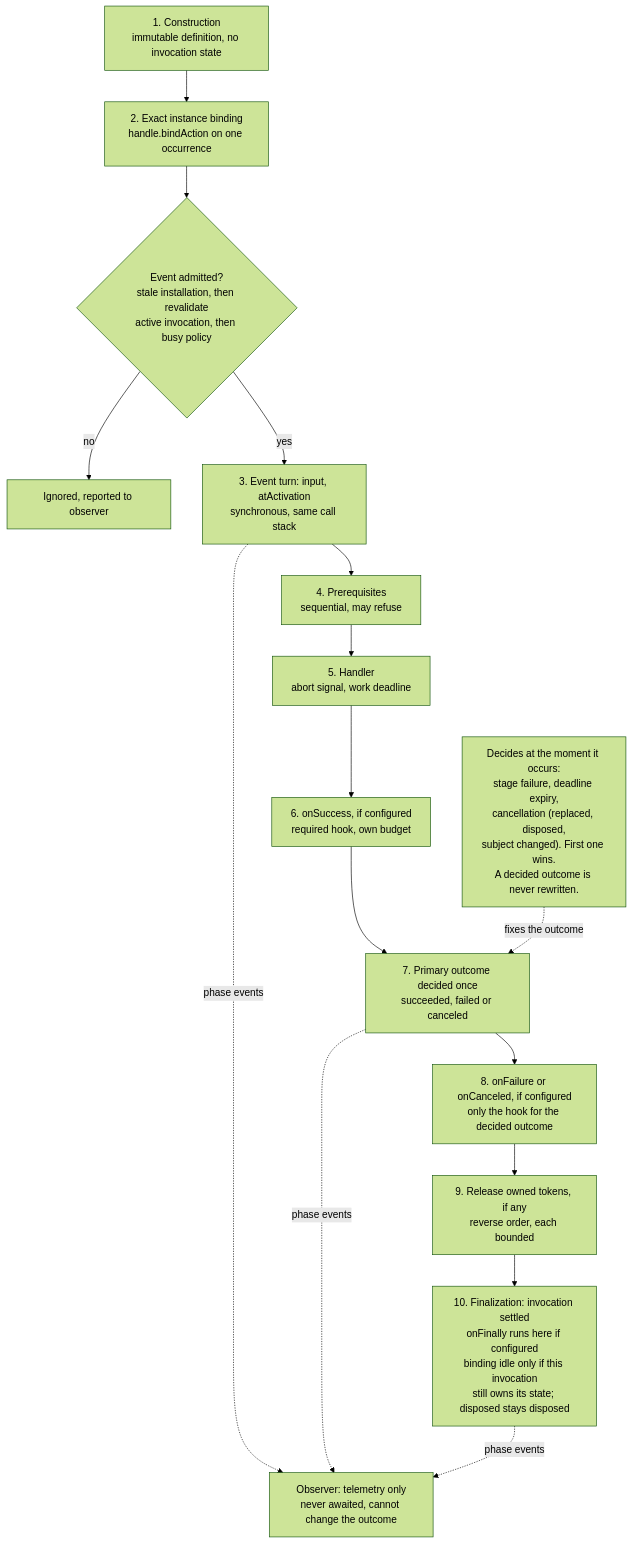
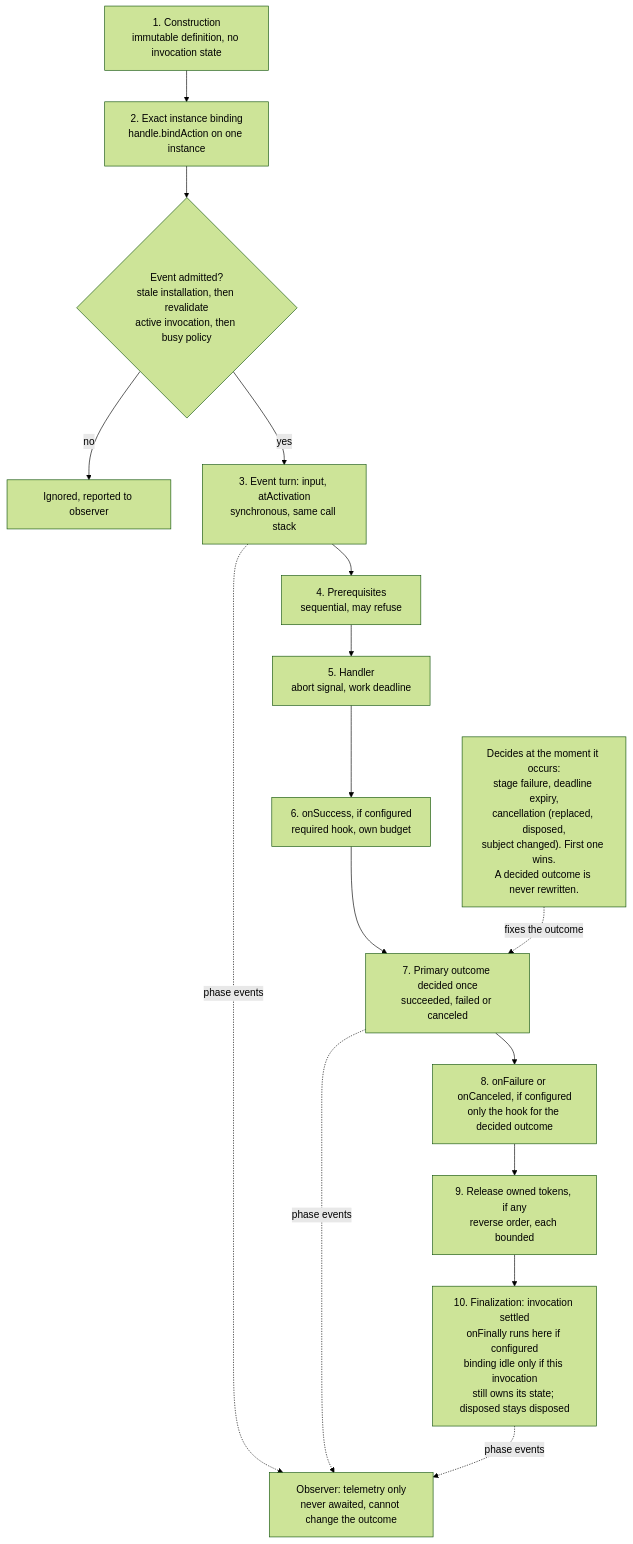
The diagram in diagrams/action-binding.mmd (MachineWisdomAI/saga-a2ui), drawn with Mermaid (forest theme) before and after one commit. The commit also changed 12 other files, not shown here.

```diff
--- a/diagrams/action-binding.mmd
+++ b/diagrams/action-binding.mmd
@@ -1,17 +1,17 @@
 graph TD
-  A["1. Construction<br/>immutable definition, no invocation state"] --> B["2. Exact instance binding<br/>handle.bindAction on one occurrence"]
+  A["1. Construction<br/>immutable definition, no invocation state"] --> B["2. Exact instance binding<br/>handle.bindAction on one instance"]
   B --> C{"Event admitted?<br/>stale installation, then revalidate<br/>active invocation, then busy policy"}
   C -- "no" --> Z["Ignored, reported to observer"]
   C -- "yes" --> D["3. Event turn: input, atActivation<br/>synchronous, same call stack"]
   D --> E["4. Prerequisites<br/>sequential, may refuse"]
   E --> F["5. Handler<br/>abort signal, work deadline"]
   F --> G["6. onSuccess, if configured<br/>required hook, own budget"]
   G --> H["7. Primary outcome decided once<br/>succeeded, failed or canceled"]
   S["Decides at the moment it occurs:<br/>stage failure, deadline expiry,<br/>cancellation (replaced, disposed,<br/>subject changed). First one wins.<br/>A decided outcome is never rewritten."] -. "fixes the outcome" .-> H
   H --> I["8. onFailure or onCanceled, if configured<br/>only the hook for the decided outcome"]
   I --> J["9. Release owned tokens, if any<br/>reverse order, each bounded"]
   J --> K["10. Finalization: invocation settled<br/>onFinally runs here if configured<br/>binding idle only if this invocation<br/>still owns its state; disposed stays disposed"]
   O["Observer: telemetry only<br/>never awaited, cannot change the outcome"]
   D -. "phase events" .-> O
   H -. "phase events" .-> O
   K -. "phase events" .-> O
```
